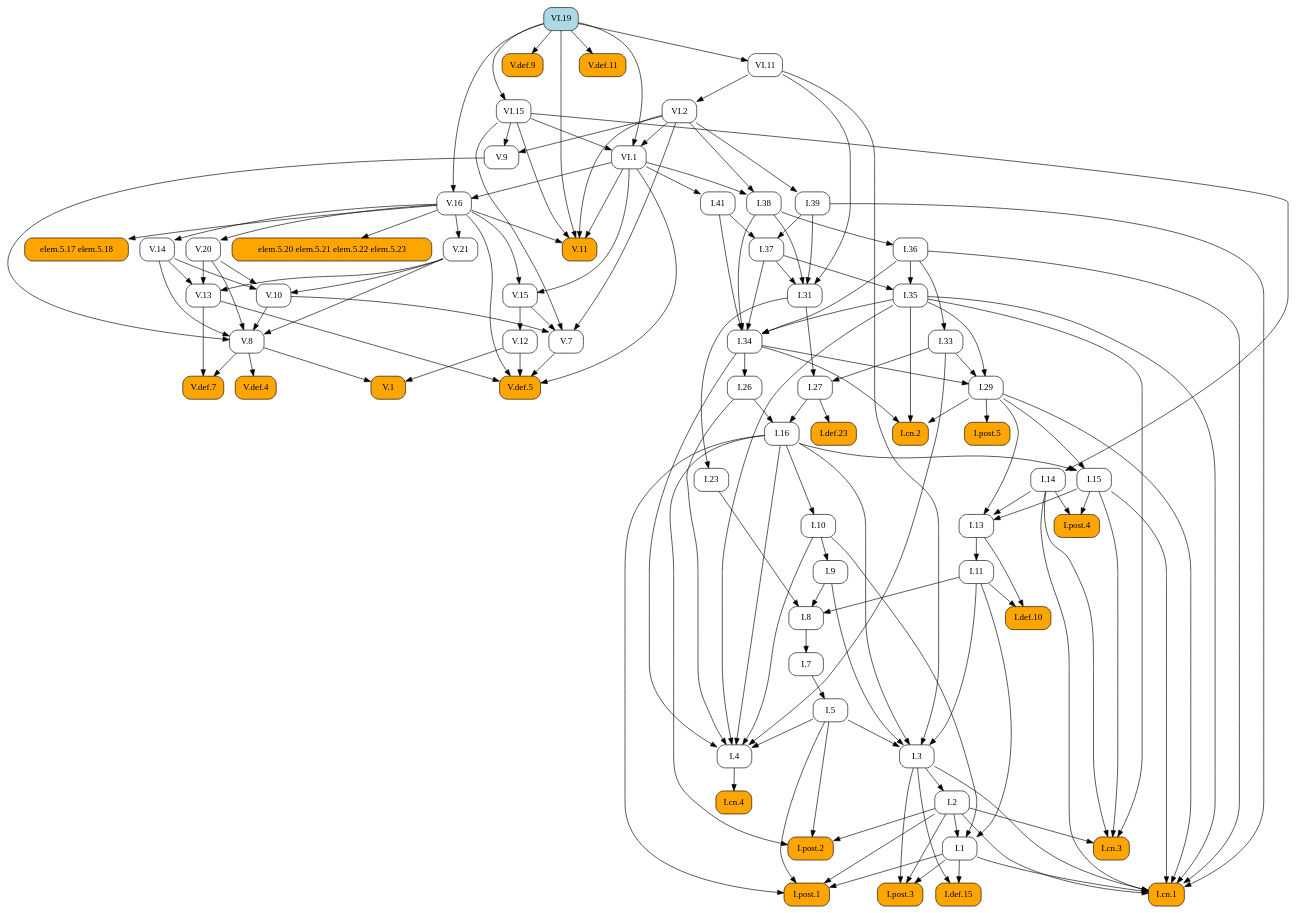
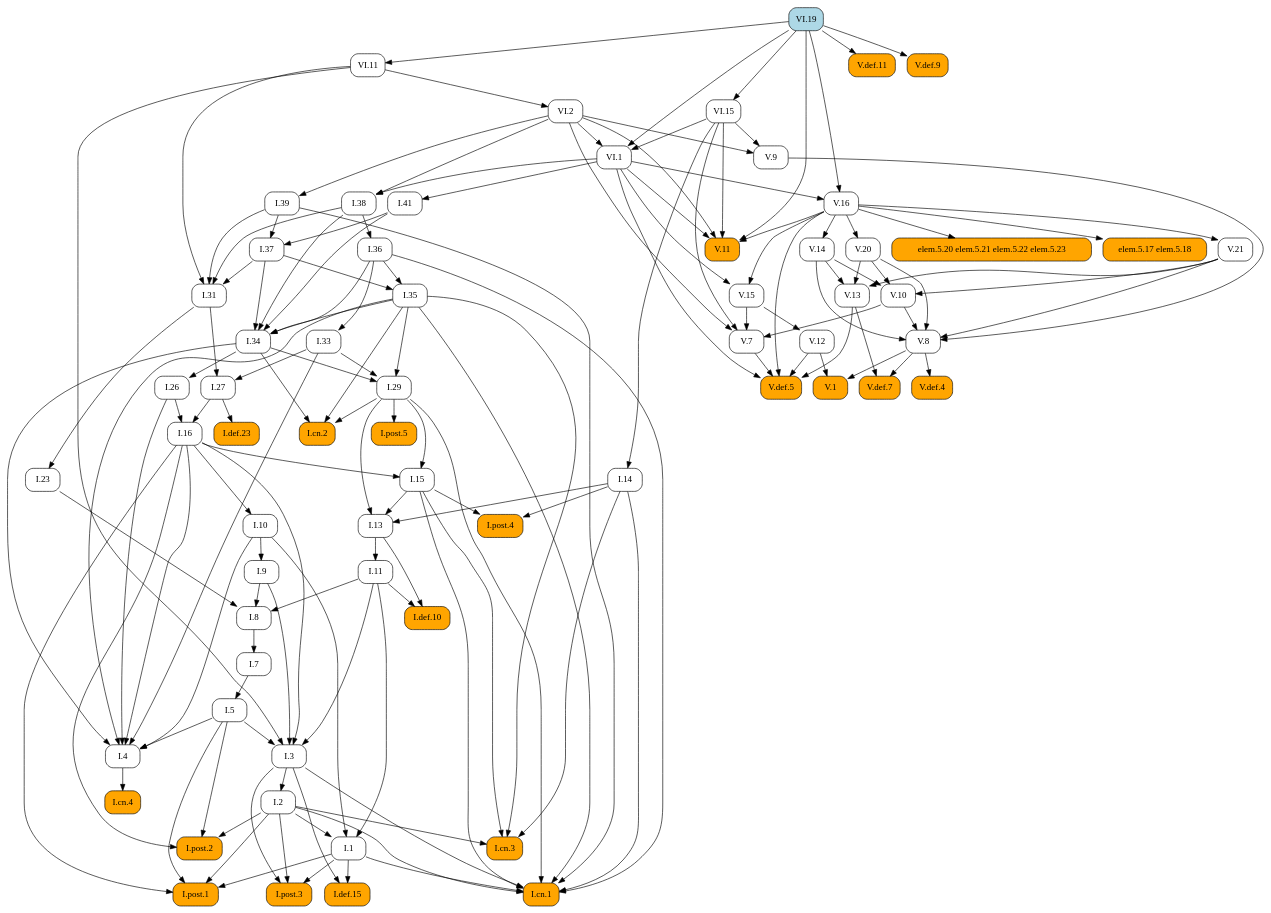
The diagram in docsrc/heath/VI/19/index.rst (geometor/elements), drawn with Graphviz before and after one commit. The commit also changed other lines of this file and 1029 other files, not shown here.

```diff
--- a/docsrc/heath/VI/19/index.rst
+++ b/docsrc/heath/VI/19/index.rst
@@ -65,202 +65,117 @@
    digraph {
      rankdir="TB";
      node [shape=box, style=rounded];
+     "I.def.10" [style="rounded,filled", fillcolor=orange, URL="/heath/I/def.10/", target="_top"];
+     "I.11" [URL="/heath/I/11/", target="_top"];
+     "I.post.4" [style="rounded,filled", fillcolor=orange, URL="/heath/I/post.4/", target="_top"];
+     "I.1" [URL="/heath/I/1/", target="_top"];
+     "I.39" [URL="/heath/I/39/", target="_top"];
+     "V.def.11" [style="rounded,filled", fillcolor=orange, URL="/heath/V/def.11/", target="_top"];
+     "I.26" [URL="/heath/I/26/", target="_top"];
+     "V.14" [URL="/heath/V/14/", target="_top"];
+     "V.def.5" [style="rounded,filled", fillcolor=orange, URL="/heath/V/def.5/", target="_top"];
+     "I.29" [URL="/heath/I/29/", target="_top"];
+     "V.12" [URL="/heath/V/12/", target="_top"];
+     "I.cn.2" [style="rounded,filled", fillcolor=orange, URL="/heath/I/cn.2/", target="_top"];
+     "V.20" [URL="/heath/V/20/", target="_top"];
+     "V.10" [URL="/heath/V/10/", target="_top"];
+     "V.11" [style="rounded,filled", fillcolor=orange, URL="/heath/V/11/", target="_top"];
+     "VI.2" [URL="/heath/VI/2/", target="_top"];
+     "V.13" [URL="/heath/V/13/", target="_top"];
+     "I.def.15" [style="rounded,filled", fillcolor=orange, URL="/heath/I/def.15/", target="_top"];
+     "V.15" [URL="/heath/V/15/", target="_top"];
+     "VI.1" [URL="/heath/VI/1/", target="_top"];
+     "I.post.3" [style="rounded,filled", fillcolor=orange, URL="/heath/I/post.3/", target="_top"];
+     "I.cn.1" [style="rounded,filled", fillcolor=orange, URL="/heath/I/cn.1/", target="_top"];
+     "I.cn.3" [style="rounded,filled", fillcolor=orange, URL="/heath/I/cn.3/", target="_top"];
+     "V.7" [URL="/heath/V/7/", target="_top"];
+     "I.14" [URL="/heath/I/14/", target="_top"];
+     "V.16" [URL="/heath/V/16/", target="_top"];
+     "VI.11" [URL="/heath/VI/11/", target="_top"];
+     "V.9" [URL="/heath/V/9/", target="_top"];
+     "I.23" [URL="/heath/I/23/", target="_top"];
+     "I.post.1" [style="rounded,filled", fillcolor=orange, URL="/heath/I/post.1/", target="_top"];
+     "I.35" [URL="/heath/I/35/", target="_top"];
+     "I.41" [URL="/heath/I/41/", target="_top"];
+     "V.8" [URL="/heath/V/8/", target="_top"];
+     "I.36" [URL="/heath/I/36/", target="_top"];
+     "V.def.9" [style="rounded,filled", fillcolor=orange, URL="/heath/V/def.9/", target="_top"];
+     "I.37" [URL="/heath/I/37/", target="_top"];
+     "I.34" [URL="/heath/I/34/", target="_top"];
+     "I.3" [URL="/heath/I/3/", target="_top"];
+     "I.27" [URL="/heath/I/27/", target="_top"];
+     "I.7" [URL="/heath/I/7/", target="_top"];
+     "I.2" [URL="/heath/I/2/", target="_top"];
+     "I.4" [URL="/heath/I/4/", target="_top"];
+     "I.def.23" [style="rounded,filled", fillcolor=orange, URL="/heath/I/def.23/", target="_top"];
+     "I.13" [URL="/heath/I/13/", target="_top"];
+     "I.33" [URL="/heath/I/33/", target="_top"];
+     "I.31" [URL="/heath/I/31/", target="_top"];
+     "I.post.2" [style="rounded,filled", fillcolor=orange, URL="/heath/I/post.2/", target="_top"];
      "V.1" [style="rounded,filled", fillcolor=orange, URL="/heath/V/1/", target="_top"];
-     "I.cn.3" [style="rounded,filled", fillcolor=orange, URL="/heath/I/cn.3/", target="_top"];
-     "I.29" [URL="/heath/I/29/", target="_top"];
-     "I.7" [URL="/heath/I/7/", target="_top"];
-     "I.27" [URL="/heath/I/27/", target="_top"];
-     "V.16" [URL="/heath/V/16/", target="_top"];
+     "I.16" [URL="/heath/I/16/", target="_top"];
+     "elem.5.20 elem.5.21 elem.5.22 elem.5.23" [style="rounded,filled", fillcolor=orange];
+     "elem.5.17 elem.5.18" [style="rounded,filled", fillcolor=orange];
+     "I.9" [URL="/heath/I/9/", target="_top"];
+     "VI.15" [URL="/heath/VI/15/", target="_top"];
+     "I.8" [URL="/heath/I/8/", target="_top"];
+     "V.def.4" [style="rounded,filled", fillcolor=orange, URL="/heath/V/def.4/", target="_top"];
+     "I.cn.4" [style="rounded,filled", fillcolor=orange, URL="/heath/I/cn.4/", target="_top"];
+     "I.15" [URL="/heath/I/15/", target="_top"];
+     "I.post.5" [style="rounded,filled", fillcolor=orange, URL="/heath/I/post.5/", target="_top"];
      "I.38" [URL="/heath/I/38/", target="_top"];
-     "V.15" [URL="/heath/V/15/", target="_top"];
-     "V.20" [URL="/heath/V/20/", target="_top"];
-     "I.34" [URL="/heath/I/34/", target="_top"];
-     "I.37" [URL="/heath/I/37/", target="_top"];
-     "I.8" [URL="/heath/I/8/", target="_top"];
-     "I.def.23" [style="rounded,filled", fillcolor=orange, URL="/heath/I/def.23/", target="_top"];
-     "I.9" [URL="/heath/I/9/", target="_top"];
-     "V.def.4" [style="rounded,filled", fillcolor=orange, URL="/heath/V/def.4/", target="_top"];
+     "V.def.7" [style="rounded,filled", fillcolor=orange, URL="/heath/V/def.7/", target="_top"];
+     "VI.19" [style="rounded,filled", fillcolor=lightblue, URL="/heath/VI/19/", target="_top"];
+     "I.10" [URL="/heath/I/10/", target="_top"];
+     "I.5" [URL="/heath/I/5/", target="_top"];
      "V.21" [URL="/heath/V/21/", target="_top"];
-     "V.8" [URL="/heath/V/8/", target="_top"];
-     "I.post.4" [style="rounded,filled", fillcolor=orange, URL="/heath/I/post.4/", target="_top"];
-     "I.2" [URL="/heath/I/2/", target="_top"];
-     "V.7" [URL="/heath/V/7/", target="_top"];
-     "I.def.15" [style="rounded,filled", fillcolor=orange, URL="/heath/I/def.15/", target="_top"];
-     "I.1" [URL="/heath/I/1/", target="_top"];
-     "VI.11" [URL="/heath/VI/11/", target="_top"];
-     "V.13" [URL="/heath/V/13/", target="_top"];
-     "I.post.1" [style="rounded,filled", fillcolor=orange, URL="/heath/I/post.1/", target="_top"];
-     "I.cn.4" [style="rounded,filled", fillcolor=orange, URL="/heath/I/cn.4/", target="_top"];
-     "I.26" [URL="/heath/I/26/", target="_top"];
-     "I.33" [URL="/heath/I/33/", target="_top"];
-     "VI.2" [URL="/heath/VI/2/", target="_top"];
-     "V.def.7" [style="rounded,filled", fillcolor=orange, URL="/heath/V/def.7/", target="_top"];
-     "I.39" [URL="/heath/I/39/", target="_top"];
-     "elem.5.20 elem.5.21 elem.5.22 elem.5.23" [style="rounded,filled", fillcolor=orange];
-     "V.def.9" [style="rounded,filled", fillcolor=orange, URL="/heath/V/def.9/", target="_top"];
-     "I.23" [URL="/heath/I/23/", target="_top"];
-     "I.13" [URL="/heath/I/13/", target="_top"];
-     "I.cn.2" [style="rounded,filled", fillcolor=orange, URL="/heath/I/cn.2/", target="_top"];
-     "I.5" [URL="/heath/I/5/", target="_top"];
-     "I.11" [URL="/heath/I/11/", target="_top"];
-     "V.10" [URL="/heath/V/10/", target="_top"];
-     "V.def.5" [style="rounded,filled", fillcolor=orange, URL="/heath/V/def.5/", target="_top"];
-     "I.4" [URL="/heath/I/4/", target="_top"];
-     "I.10" [URL="/heath/I/10/", target="_top"];
-     "I.3" [URL="/heath/I/3/", target="_top"];
-     "I.16" [URL="/heath/I/16/", target="_top"];
-     "I.31" [URL="/heath/I/31/", target="_top"];
-     "I.def.10" [style="rounded,filled", fillcolor=orange, URL="/heath/I/def.10/", target="_top"];
-     "VI.15" [URL="/heath/VI/15/", target="_top"];
-     "V.def.11" [style="rounded,filled", fillcolor=orange, URL="/heath/V/def.11/", target="_top"];
-     "V.11" [style="rounded,filled", fillcolor=orange, URL="/heath/V/11/", target="_top"];
-     "I.post.2" [style="rounded,filled", fillcolor=orange, URL="/heath/I/post.2/", target="_top"];
-     "I.post.3" [style="rounded,filled", fillcolor=orange, URL="/heath/I/post.3/", target="_top"];
-     "VI.1" [URL="/heath/VI/1/", target="_top"];
-     "V.9" [URL="/heath/V/9/", target="_top"];
-     "I.post.5" [style="rounded,filled", fillcolor=orange, URL="/heath/I/post.5/", target="_top"];
-     "elem.5.17 elem.5.18" [style="rounded,filled", fillcolor=orange];
-     "VI.19" [style="rounded,filled", fillcolor=lightblue, URL="/heath/VI/19/", target="_top"];
-     "I.14" [URL="/heath/I/14/", target="_top"];
-     "I.36" [URL="/heath/I/36/", target="_top"];
-     "V.12" [URL="/heath/V/12/", target="_top"];
-     "I.35" [URL="/heath/I/35/", target="_top"];
-     "I.15" [URL="/heath/I/15/", target="_top"];
-     "I.cn.1" [style="rounded,filled", fillcolor=orange, URL="/heath/I/cn.1/", target="_top"];
-     "I.41" [URL="/heath/I/41/", target="_top"];
-     "V.14" [URL="/heath/V/14/", target="_top"];
-     "V.8" -> "V.1";
-     "V.12" -> "V.1";
-     "I.2" -> "I.cn.3";
-     "I.14" -> "I.cn.3";
-     "I.15" -> "I.cn.3";
-     "I.35" -> "I.cn.3";
-     "I.33" -> "I.29";
-     "I.34" -> "I.29";
-     "I.35" -> "I.29";
-     "I.8" -> "I.7";
-     "I.31" -> "I.27";
-     "I.33" -> "I.27";
-     "VI.1" -> "V.16";
-     "VI.19" -> "V.16";
-     "VI.1" -> "I.38";
-     "VI.2" -> "I.38";
-     "V.16" -> "V.15";
-     "VI.1" -> "V.15";
-     "V.16" -> "V.20";
-     "I.35" -> "I.34";
-     "I.36" -> "I.34";
-     "I.37" -> "I.34";
-     "I.38" -> "I.34";
-     "I.41" -> "I.34";
-     "I.39" -> "I.37";
-     "I.41" -> "I.37";
-     "I.9" -> "I.8";
-     "I.11" -> "I.8";
-     "I.23" -> "I.8";
-     "I.27" -> "I.def.23";
-     "I.10" -> "I.9";
-     "V.8" -> "V.def.4";
-     "V.16" -> "V.21";
-     "V.9" -> "V.8";
-     "V.10" -> "V.8";
-     "V.14" -> "V.8";
-     "V.20" -> "V.8";
-     "V.21" -> "V.8";
+     "I.11" -> "I.def.10";
+     "I.13" -> "I.def.10";
+     "I.13" -> "I.11";
      "I.14" -> "I.post.4";
      "I.15" -> "I.post.4";
-     "I.3" -> "I.2";
-     "V.10" -> "V.7";
-     "V.15" -> "V.7";
-     "VI.2" -> "V.7";
-     "VI.15" -> "V.7";
-     "I.1" -> "I.def.15";
-     "I.3" -> "I.def.15";
      "I.2" -> "I.1";
      "I.10" -> "I.1";
      "I.11" -> "I.1";
-     "VI.19" -> "VI.11";
-     "V.14" -> "V.13";
-     "V.20" -> "V.13";
-     "V.21" -> "V.13";
-     "I.1" -> "I.post.1";
-     "I.2" -> "I.post.1";
-     "I.5" -> "I.post.1";
-     "I.16" -> "I.post.1";
-     "I.4" -> "I.cn.4";
+     "VI.2" -> "I.39";
+     "VI.19" -> "V.def.11";
      "I.34" -> "I.26";
-     "I.36" -> "I.33";
-     "VI.11" -> "VI.2";
-     "V.8" -> "V.def.7";
-     "V.13" -> "V.def.7";
-     "VI.2" -> "I.39";
-     "V.16" -> "elem.5.20 elem.5.21 elem.5.22 elem.5.23";
-     "VI.19" -> "V.def.9";
-     "I.31" -> "I.23";
-     "I.14" -> "I.13";
-     "I.15" -> "I.13";
-     "I.29" -> "I.13";
-     "I.29" -> "I.cn.2";
-     "I.34" -> "I.cn.2";
-     "I.35" -> "I.cn.2";
-     "I.7" -> "I.5";
-     "I.13" -> "I.11";
-     "V.14" -> "V.10";
-     "V.20" -> "V.10";
-     "V.21" -> "V.10";
+     "V.16" -> "V.14";
      "V.7" -> "V.def.5";
      "V.12" -> "V.def.5";
      "V.13" -> "V.def.5";
      "V.16" -> "V.def.5";
      "VI.1" -> "V.def.5";
-     "I.5" -> "I.4";
-     "I.10" -> "I.4";
-     "I.16" -> "I.4";
-     "I.26" -> "I.4";
-     "I.33" -> "I.4";
-     "I.34" -> "I.4";
-     "I.35" -> "I.4";
-     "I.16" -> "I.10";
-     "I.5" -> "I.3";
-     "I.9" -> "I.3";
-     "I.11" -> "I.3";
-     "I.16" -> "I.3";
-     "VI.11" -> "I.3";
-     "I.26" -> "I.16";
-     "I.27" -> "I.16";
-     "I.37" -> "I.31";
-     "I.38" -> "I.31";
-     "I.39" -> "I.31";
-     "VI.11" -> "I.31";
-     "I.11" -> "I.def.10";
-     "I.13" -> "I.def.10";
-     "VI.19" -> "VI.15";
-     "VI.19" -> "V.def.11";
+     "I.33" -> "I.29";
+     "I.34" -> "I.29";
+     "I.35" -> "I.29";
+     "V.15" -> "V.12";
+     "I.29" -> "I.cn.2";
+     "I.34" -> "I.cn.2";
+     "I.35" -> "I.cn.2";
+     "V.16" -> "V.20";
+     "V.14" -> "V.10";
+     "V.20" -> "V.10";
+     "V.21" -> "V.10";
      "V.16" -> "V.11";
      "VI.1" -> "V.11";
      "VI.2" -> "V.11";
      "VI.15" -> "V.11";
      "VI.19" -> "V.11";
-     "I.2" -> "I.post.2";
-     "I.5" -> "I.post.2";
-     "I.16" -> "I.post.2";
+     "VI.11" -> "VI.2";
+     "V.14" -> "V.13";
+     "V.20" -> "V.13";
+     "V.21" -> "V.13";
+     "I.1" -> "I.def.15";
+     "I.3" -> "I.def.15";
+     "V.16" -> "V.15";
+     "VI.1" -> "V.15";
+     "VI.2" -> "VI.1";
+     "VI.15" -> "VI.1";
+     "VI.19" -> "VI.1";
      "I.1" -> "I.post.3";
      "I.2" -> "I.post.3";
      "I.3" -> "I.post.3";
-     "VI.2" -> "VI.1";
-     "VI.15" -> "VI.1";
-     "VI.19" -> "VI.1";
-     "VI.2" -> "V.9";
-     "VI.15" -> "V.9";
-     "I.29" -> "I.post.5";
-     "V.16" -> "elem.5.17 elem.5.18";
-     "VI.15" -> "I.14";
-     "I.38" -> "I.36";
-     "V.15" -> "V.12";
-     "I.36" -> "I.35";
-     "I.37" -> "I.35";
-     "I.16" -> "I.15";
-     "I.29" -> "I.15";
      "I.1" -> "I.cn.1";
      "I.2" -> "I.cn.1";
      "I.3" -> "I.cn.1";
@@ -270,6 +185,91 @@
      "I.35" -> "I.cn.1";
      "I.36" -> "I.cn.1";
      "I.39" -> "I.cn.1";
+     "I.2" -> "I.cn.3";
+     "I.14" -> "I.cn.3";
+     "I.15" -> "I.cn.3";
+     "I.35" -> "I.cn.3";
+     "V.10" -> "V.7";
+     "V.15" -> "V.7";
+     "VI.2" -> "V.7";
+     "VI.15" -> "V.7";
+     "VI.15" -> "I.14";
+     "VI.1" -> "V.16";
+     "VI.19" -> "V.16";
+     "VI.19" -> "VI.11";
+     "VI.2" -> "V.9";
+     "VI.15" -> "V.9";
+     "I.31" -> "I.23";
+     "I.1" -> "I.post.1";
+     "I.2" -> "I.post.1";
+     "I.5" -> "I.post.1";
+     "I.16" -> "I.post.1";
+     "I.36" -> "I.35";
+     "I.37" -> "I.35";
      "VI.1" -> "I.41";
-     "V.16" -> "V.14";
+     "V.9" -> "V.8";
+     "V.10" -> "V.8";
+     "V.14" -> "V.8";
+     "V.20" -> "V.8";
+     "V.21" -> "V.8";
+     "I.38" -> "I.36";
+     "VI.19" -> "V.def.9";
+     "I.39" -> "I.37";
+     "I.41" -> "I.37";
+     "I.35" -> "I.34";
+     "I.36" -> "I.34";
+     "I.37" -> "I.34";
+     "I.38" -> "I.34";
+     "I.41" -> "I.34";
+     "I.5" -> "I.3";
+     "I.9" -> "I.3";
+     "I.11" -> "I.3";
+     "I.16" -> "I.3";
+     "VI.11" -> "I.3";
+     "I.31" -> "I.27";
+     "I.33" -> "I.27";
+     "I.8" -> "I.7";
+     "I.3" -> "I.2";
+     "I.5" -> "I.4";
+     "I.10" -> "I.4";
+     "I.16" -> "I.4";
+     "I.26" -> "I.4";
+     "I.33" -> "I.4";
+     "I.34" -> "I.4";
+     "I.35" -> "I.4";
+     "I.27" -> "I.def.23";
+     "I.14" -> "I.13";
+     "I.15" -> "I.13";
+     "I.29" -> "I.13";
+     "I.36" -> "I.33";
+     "I.37" -> "I.31";
+     "I.38" -> "I.31";
+     "I.39" -> "I.31";
+     "VI.11" -> "I.31";
+     "I.2" -> "I.post.2";
+     "I.5" -> "I.post.2";
+     "I.16" -> "I.post.2";
+     "V.8" -> "V.1";
+     "V.12" -> "V.1";
+     "I.26" -> "I.16";
+     "I.27" -> "I.16";
+     "V.16" -> "elem.5.20 elem.5.21 elem.5.22 elem.5.23";
+     "V.16" -> "elem.5.17 elem.5.18";
+     "I.10" -> "I.9";
+     "VI.19" -> "VI.15";
+     "I.9" -> "I.8";
+     "I.11" -> "I.8";
+     "I.23" -> "I.8";
+     "V.8" -> "V.def.4";
+     "I.4" -> "I.cn.4";
+     "I.16" -> "I.15";
+     "I.29" -> "I.15";
+     "I.29" -> "I.post.5";
+     "VI.1" -> "I.38";
+     "VI.2" -> "I.38";
+     "V.8" -> "V.def.7";
+     "V.13" -> "V.def.7";
+     "I.16" -> "I.10";
+     "I.7" -> "I.5";
+     "V.16" -> "V.21";
    }
```
